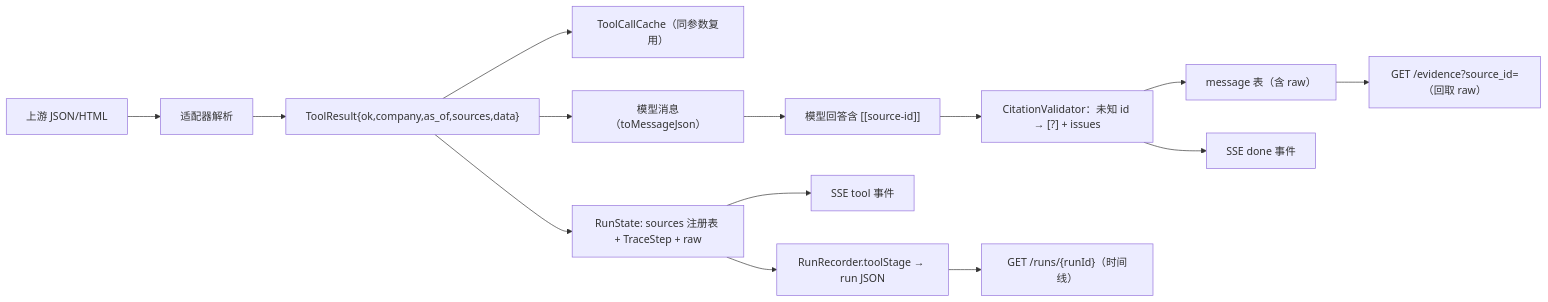
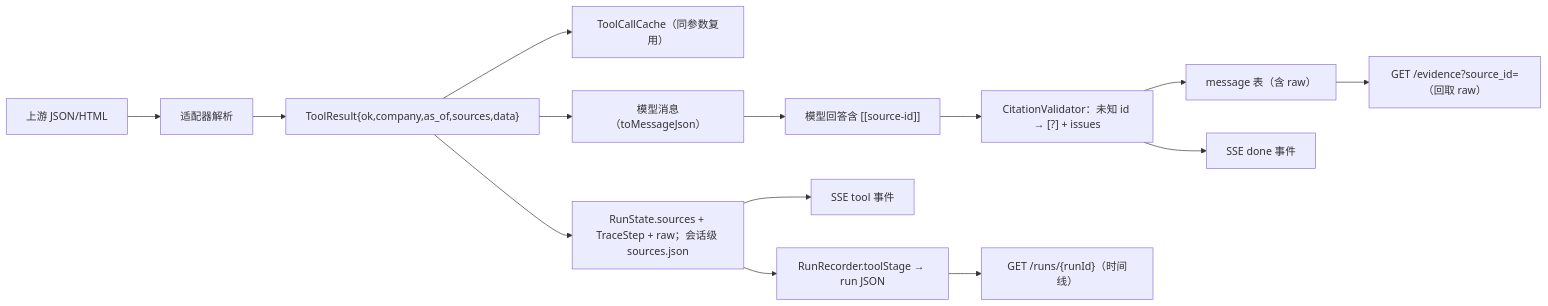
One commit to Silhouetteeeeeee/investment-research changed the fifth of 5 diagrams in docs/handover/ARCHITECTURE.md. Above: the diagram before and after it, drawn with Mermaid. The commit also changed other lines of this file and 15 other files, not shown here.

````diff
--- a/docs/handover/ARCHITECTURE.md
+++ b/docs/handover/ARCHITECTURE.md
@@ -201,16 +201,16 @@
 ```mermaid
 flowchart LR
     U["上游 JSON/HTML"] --> P["适配器解析"]
     P --> R["ToolResult{ok,company,as_of,sources,data}"]
     R --> C["ToolCallCache（同参数复用）"]
-    R --> S["RunState: sources 注册表 + TraceStep + raw"]
+    R --> S["RunState.sources + TraceStep + raw；会话级 sources.json"]
     S --> RR["RunRecorder.toolStage → run JSON"]
     S --> SSE["SSE tool 事件"]
     R --> M["模型消息（toMessageJson）"]
     M --> T["模型回答含 [[source-id]]"]
     T --> V["CitationValidator：未知 id → [?] + issues"]
     V --> MSG["message 表（含 raw）"]
     V --> DONE["SSE done 事件"]
     MSG --> EV["GET /evidence?source_id=（回取 raw）"]
     RR --> RUN["GET /runs/{runId}（时间线）"]
 ```
````
